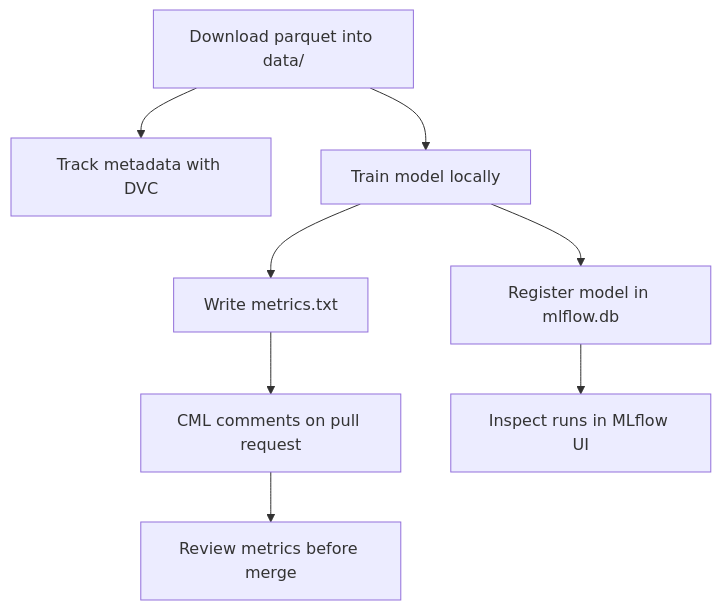
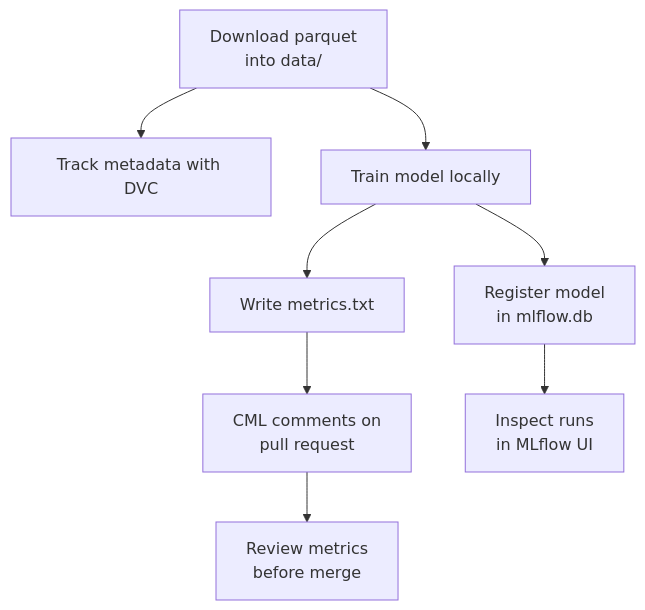
One commit to bootcampyoussef/mle-github-actions-and-cicd changed the diagram in README.md. Above: the diagram before and after it, drawn with Mermaid. The commit also changed other lines of this file and 8 other files, not shown here.

````diff
--- a/README.md
+++ b/README.md
@@ -32,10 +24,10 @@
 ```mermaid
 flowchart TD
-    A["Download parquet into data/"] --> B["Track metadata with DVC"]
+    A["Download parquet<br>into data/"] --> B["Track metadata with DVC"]
     A --> C["Train model locally"]
     C --> D["Write metrics.txt"]
-    C --> E["Register model in mlflow.db"]
-    D --> F["CML comments on pull request"]
-    E --> G["Inspect runs in MLflow UI"]
-    F --> H["Review metrics before merge"]
+    C --> E["Register model<br>in mlflow.db"]
+    D --> F["CML comments on<br>pull request"]
+    E --> G["Inspect runs<br>in MLflow UI"]
+    F --> H["Review metrics<br>before merge"]
 ```
````
